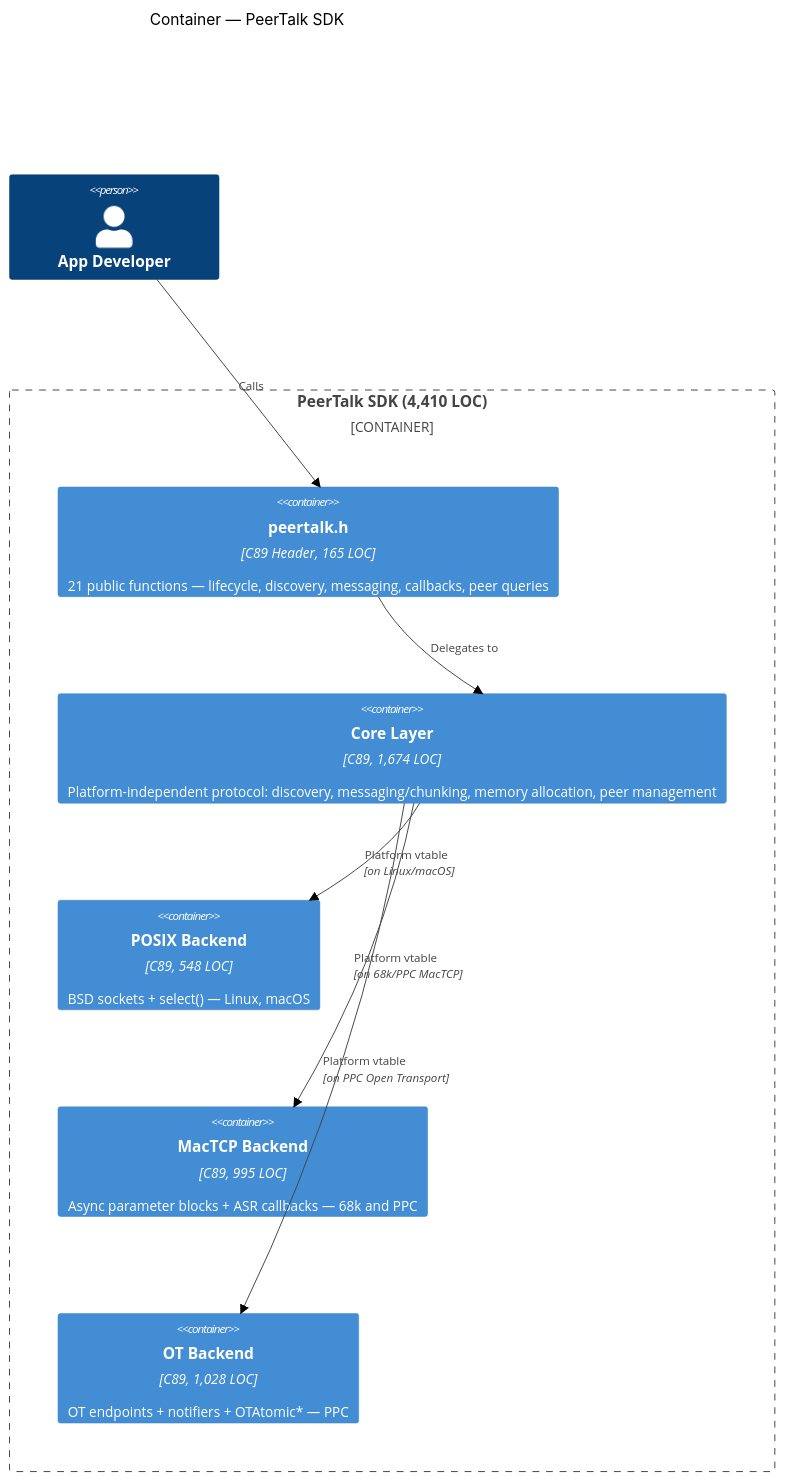
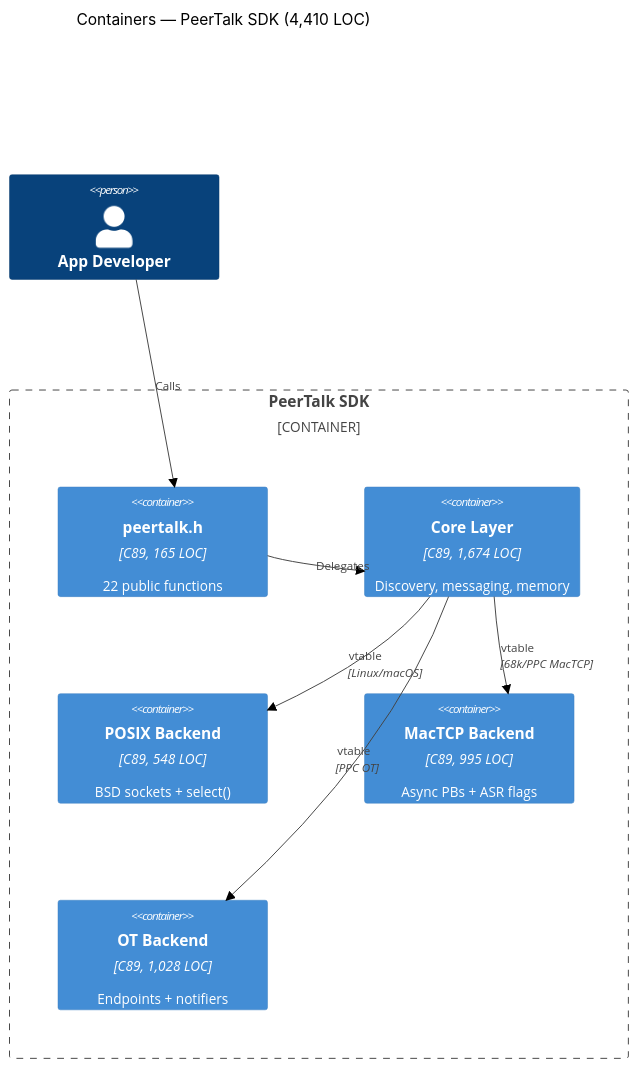
Before and after one commit to matthewdeaves/peertalk: the second of 7 diagrams in ARCHITECTURE.md, drawn with Mermaid (neutral theme). The commit also changed other lines of this file, not shown here.

First line of the commit message:
docs: Shorten C4 diagram labels for clean Mermaid rendering

````diff
--- a/ARCHITECTURE.md
+++ b/ARCHITECTURE.md
@@ -25,20 +25,20 @@
 ```mermaid
 C4Container
-    title Container — PeerTalk SDK
+    title Containers — PeerTalk SDK (4,410 LOC)
 
     Person(dev, "App Developer")
 
-    Container_Boundary(sdk, "PeerTalk SDK (4,410 LOC)") {
-        Container(api, "peertalk.h", "C89 Header, 165 LOC", "21 public functions — lifecycle, discovery, messaging, callbacks, peer queries")
-        Container(core, "Core Layer", "C89, 1,674 LOC", "Platform-independent protocol: discovery, messaging/chunking, memory allocation, peer management")
-        Container(posix, "POSIX Backend", "C89, 548 LOC", "BSD sockets + select() — Linux, macOS")
-        Container(mactcp, "MacTCP Backend", "C89, 995 LOC", "Async parameter blocks + ASR callbacks — 68k and PPC")
-        Container(ot, "OT Backend", "C89, 1,028 LOC", "OT endpoints + notifiers + OTAtomic* — PPC")
+    Container_Boundary(sdk, "PeerTalk SDK") {
+        Container(api, "peertalk.h", "C89, 165 LOC", "22 public functions")
+        Container(core, "Core Layer", "C89, 1,674 LOC", "Discovery, messaging, memory")
+        Container(posix, "POSIX Backend", "C89, 548 LOC", "BSD sockets + select()")
+        Container(mactcp, "MacTCP Backend", "C89, 995 LOC", "Async PBs + ASR flags")
+        Container(ot, "OT Backend", "C89, 1,028 LOC", "Endpoints + notifiers")
     }
 
     Rel(dev, api, "Calls")
-    Rel(api, core, "Delegates to")
-    Rel(core, posix, "Platform vtable", "on Linux/macOS")
-    Rel(core, mactcp, "Platform vtable", "on 68k/PPC MacTCP")
-    Rel(core, ot, "Platform vtable", "on PPC Open Transport")
+    Rel(api, core, "Delegates")
+    Rel(core, posix, "vtable", "Linux/macOS")
+    Rel(core, mactcp, "vtable", "68k/PPC MacTCP")
+    Rel(core, ot, "vtable", "PPC OT")
 ```
````
